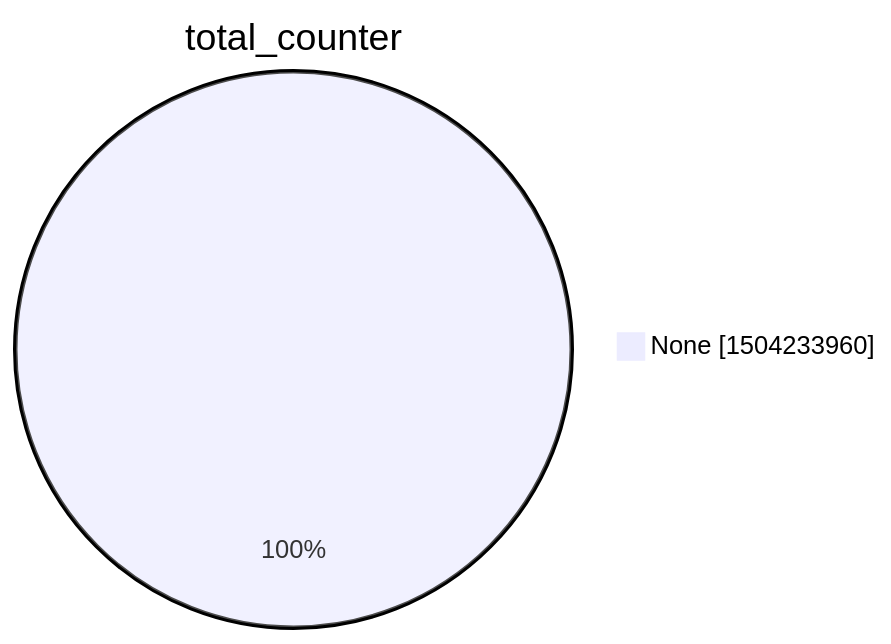
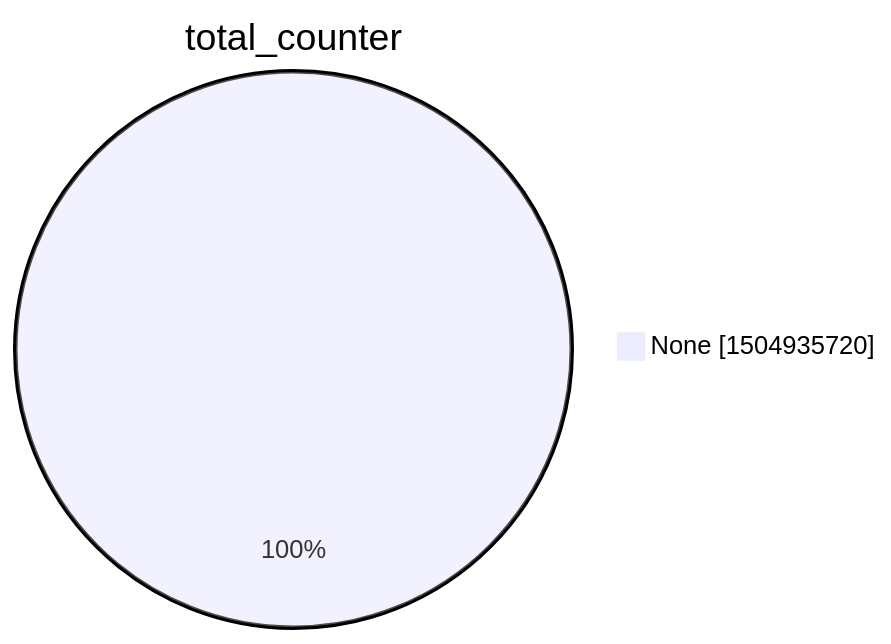
Before and after one commit to christiankrug/ctmonitor_visualization: the second of 15 diagrams in xenon2022/README.md, drawn with Mermaid. The commit also changed other lines of this file, not shown here.

````diff
--- a/xenon2022/README.md
+++ b/xenon2022/README.md
@@ -9,5 +9,5 @@
 ```mermaid
 pie showData
 title total_counter
-"None" :1504233960
+"None" :1504935720
 ```
````
